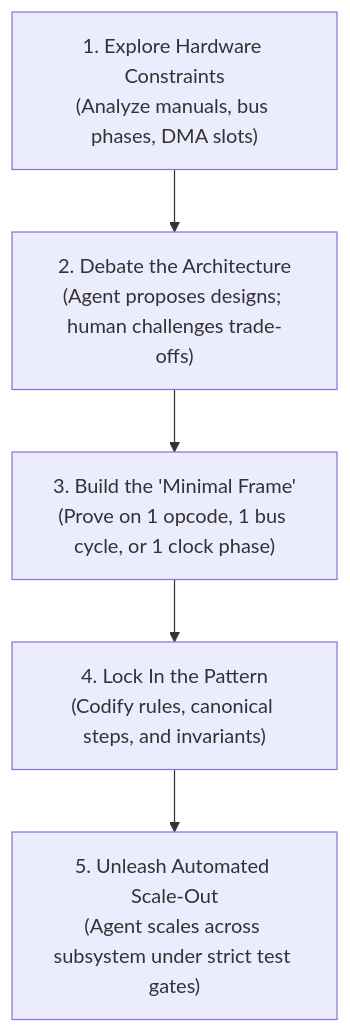
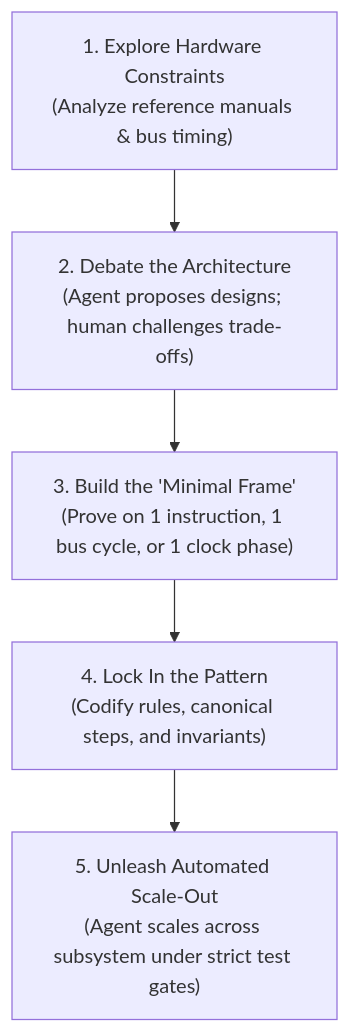
The first of 2 diagrams in docs/how_this_emulator_was_written.md (tomek-anuszkiewicz/amiga-studio), drawn with Mermaid before and after one commit. The commit also changed other lines of this file and 1 other file, not shown here.

First line of the commit message:
docs(meta): prune platitudes and niche hardware jargon from how_this_emulator_was_written.md

````diff
--- a/docs/how_this_emulator_was_written.md
+++ b/docs/how_this_emulator_was_written.md
@@ -42,7 +27,7 @@
 ```mermaid
 flowchart TD
-    A["1. Explore Hardware Constraints\n(Analyze manuals, bus phases, DMA slots)"] --> B["2. Debate the Architecture\n(Agent proposes designs; human challenges trade-offs)"]
-    B --> C["3. Build the 'Minimal Frame'\n(Prove on 1 opcode, 1 bus cycle, or 1 clock phase)"]
+    A["1. Explore Hardware Constraints\n(Analyze reference manuals & bus timing)"] --> B["2. Debate the Architecture\n(Agent proposes designs; human challenges trade-offs)"]
+    B --> C["3. Build the 'Minimal Frame'\n(Prove on 1 instruction, 1 bus cycle, or 1 clock phase)"]
     C --> D["4. Lock In the Pattern\n(Codify rules, canonical steps, and invariants)"]
     D --> E["5. Unleash Automated Scale-Out\n(Agent scales across subsystem under strict test gates)"]
 ```
````
